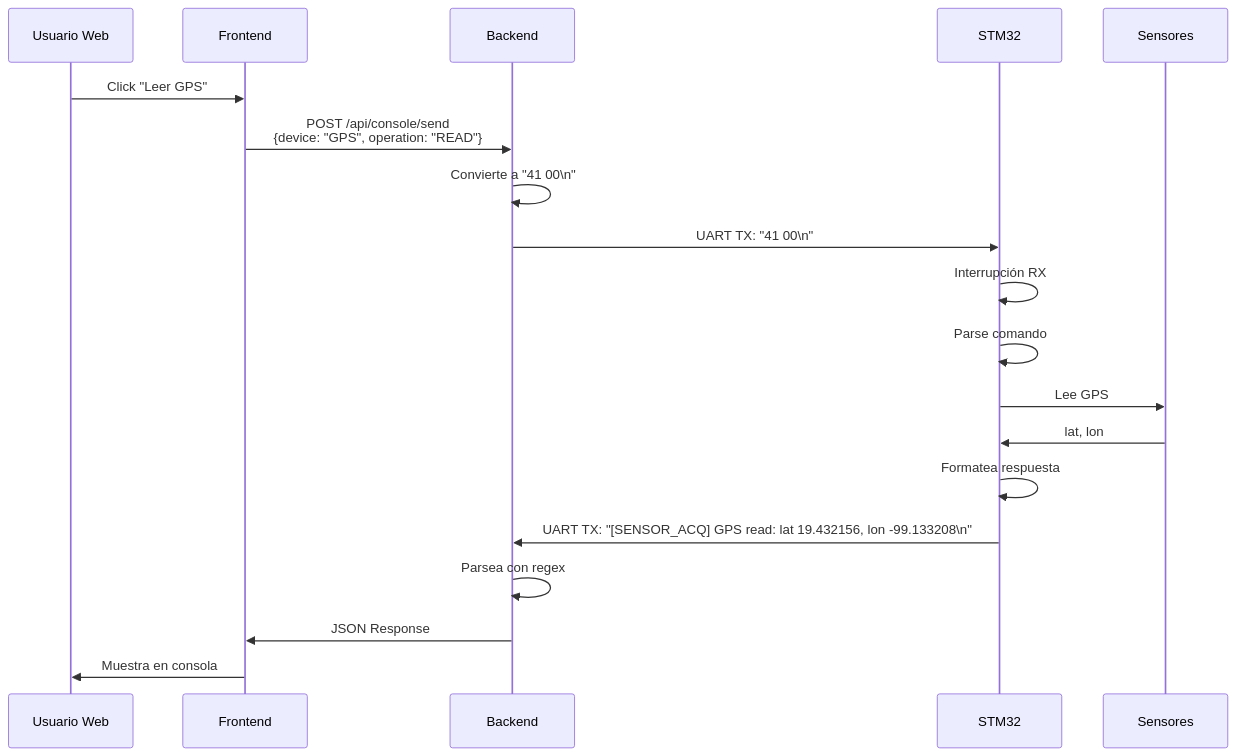
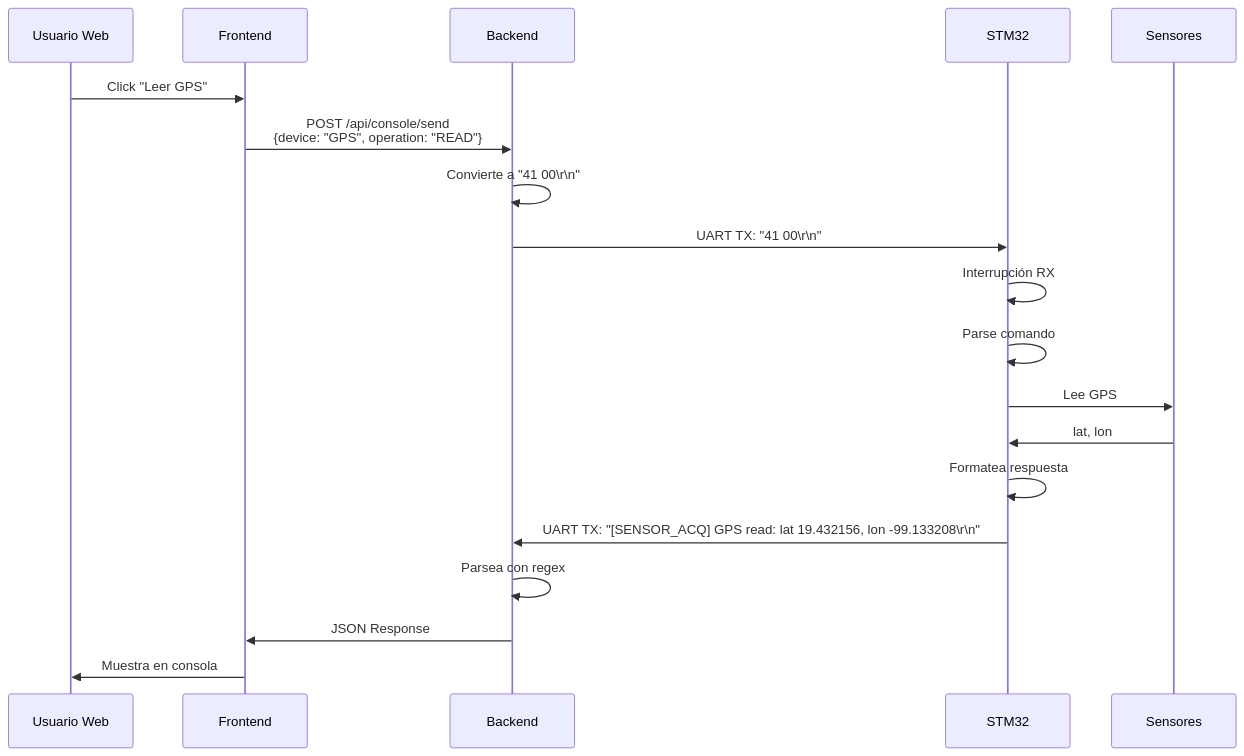
The diagram in docs/01_architecture/STM32_CONSOLE_PROTOCOL.md (AgustinPessina00/TPP-IntelliFence), drawn with Mermaid before and after one commit. The commit also changed other lines of this file and 14 other files, not shown here.

````diff
--- a/docs/01_architecture/STM32_CONSOLE_PROTOCOL.md
+++ b/docs/01_architecture/STM32_CONSOLE_PROTOCOL.md
@@ -483,22 +483,22 @@
 ```mermaid
 sequenceDiagram
     participant User as Usuario Web
     participant FE as Frontend
     participant BE as Backend
     participant STM as STM32
     participant Sensor as Sensores
 
     User->>FE: Click "Leer GPS"
     FE->>BE: POST /api/console/send<br/>{device: "GPS", operation: "READ"}
-    BE->>BE: Convierte a "41 00\n"
-    BE->>STM: UART TX: "41 00\n"
+    BE->>BE: Convierte a "41 00\r\n"
+    BE->>STM: UART TX: "41 00\r\n"
     STM->>STM: Interrupción RX
     STM->>STM: Parse comando
     STM->>Sensor: Lee GPS
     Sensor->>STM: lat, lon
     STM->>STM: Formatea respuesta
-    STM->>BE: UART TX: "[SENSOR_ACQ] GPS read: lat 19.432156, lon -99.133208\n"
+    STM->>BE: UART TX: "[SENSOR_ACQ] GPS read: lat 19.432156, lon -99.133208\r\n"
     BE->>BE: Parsea con regex
     BE->>FE: JSON Response
     FE->>User: Muestra en consola
 ```
````
